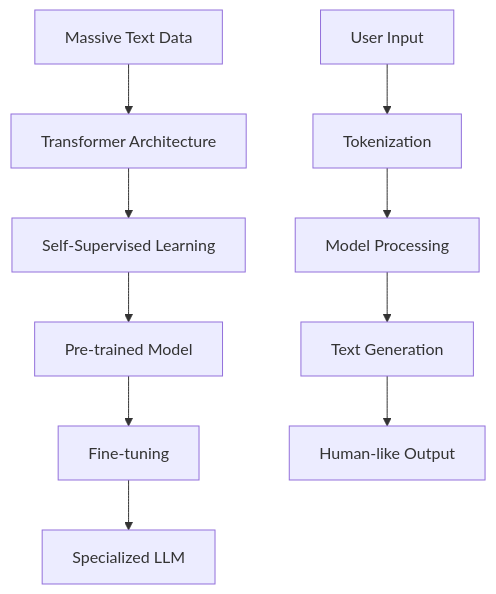
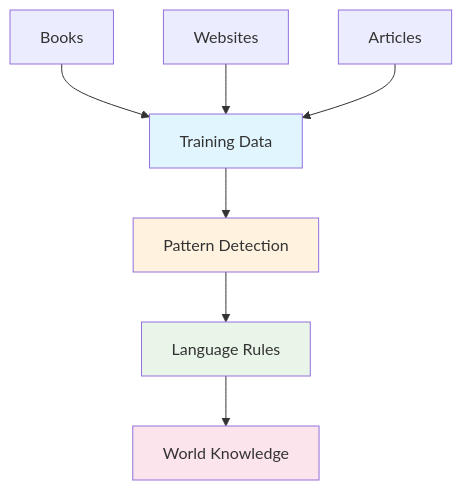
The second of 2 diagrams in docs/genai/llms/index.md (nvgr-GenAI/my-learning), drawn with Mermaid before and after one commit. The commit also changed other lines of this file and 6 other files, not shown here.

````diff
--- a/docs/genai/llms/index.md
+++ b/docs/genai/llms/index.md
@@ -57,13 +47,15 @@
 ```mermaid
 graph TD
-    A[Massive Text Data] --> B[Transformer Architecture]
-    B --> C[Self-Supervised Learning]
-    C --> D[Pre-trained Model]
-    D --> E[Fine-tuning]
-    E --> F[Specialized LLM]
+    A[Books] --> D[Training Data]
+    B[Websites] --> D
+    C[Articles] --> D
     
-    G[User Input] --> H[Tokenization]
-    H --> I[Model Processing]
-    I --> J[Text Generation]
-    J --> K[Human-like Output]
+    D --> E[Pattern Detection]
+    E --> F[Language Rules]
+    F --> G[World Knowledge]
+    
+    style D fill:#e1f5fe
+    style E fill:#fff3e0
+    style F fill:#e8f5e8
+    style G fill:#fce4ec
 ```
````
